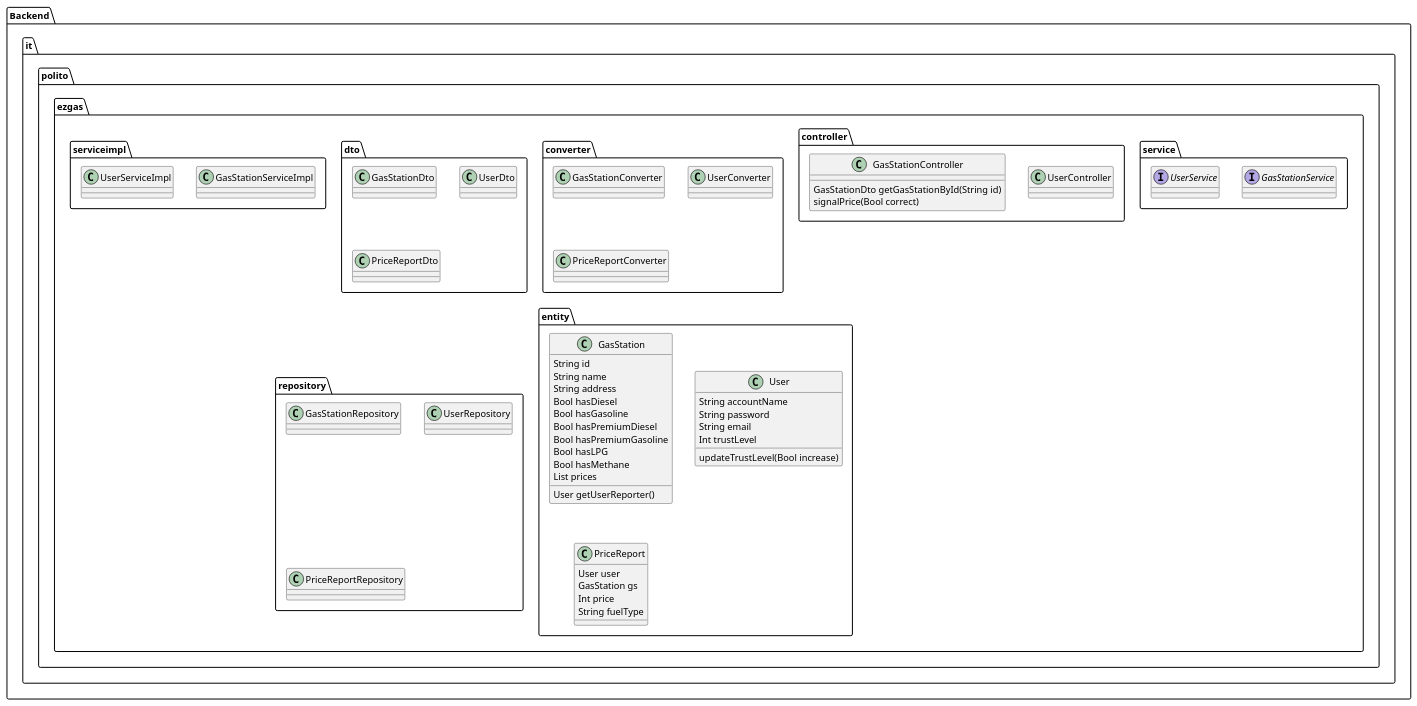
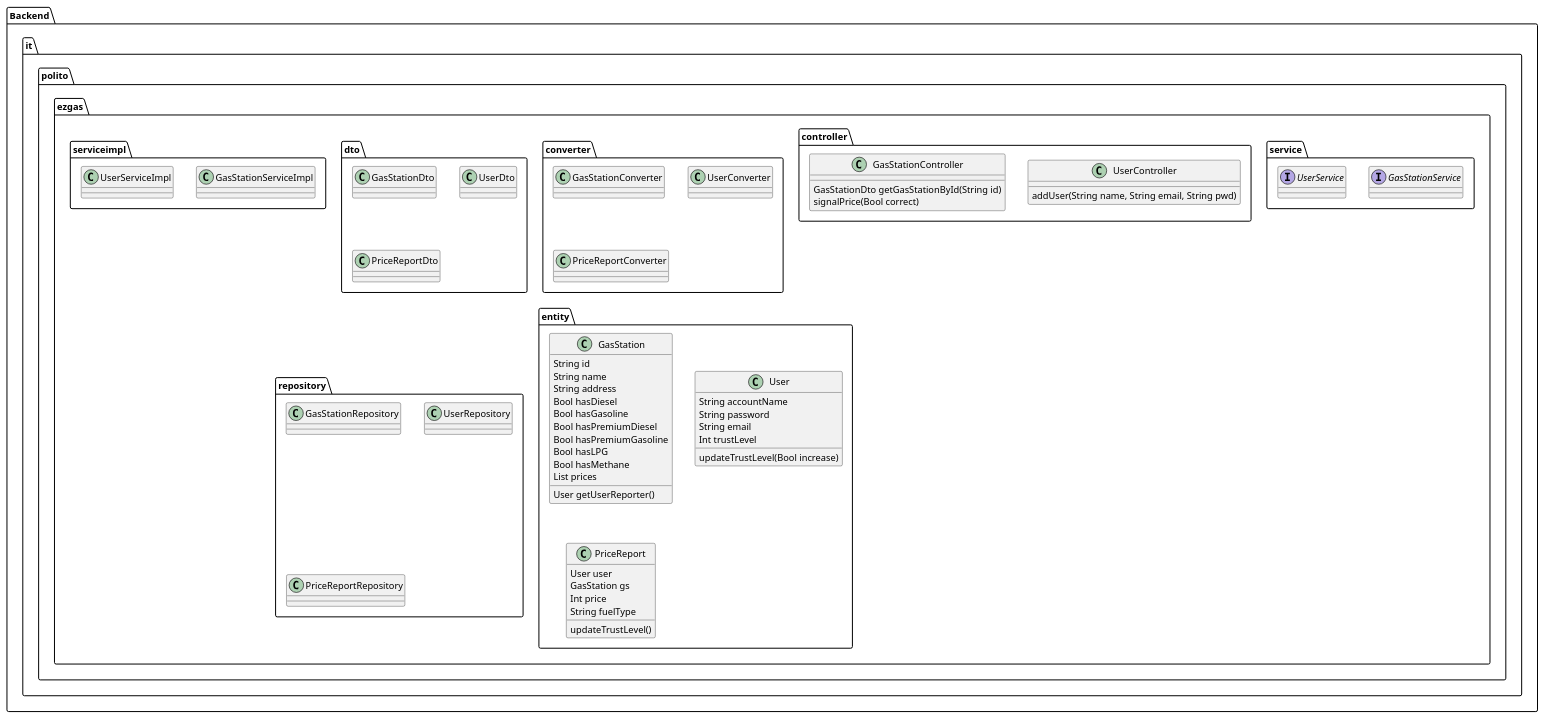
The fourth of 6 diagrams in docs/DesignDocument.md (HeydarliAtabay/EZgas), drawn with PlantUML before and after one commit. The commit also changed other lines of this file, not shown here.

Commit message:
docs: added traceability matrix and sequence diagrams

````diff
--- a/docs/DesignDocument.md
+++ b/docs/DesignDocument.md
@@ -225,77 +225,80 @@
 ```plantuml
 @startuml
 
 package "Backend" {
 
 package "it.polito.ezgas.service" {
    interface "GasStationService"
    interface "UserService"
 } 
 
 package "it.polito.ezgas.controller" {
-    Class UserController
+    Class UserController {
+        addUser(String name, String email, String pwd)
+    }
 
     Class GasStationController {
         GasStationDto getGasStationById(String id)
         signalPrice(Bool correct)
     }
 }
 
 package "it.polito.ezgas.converter" {
     Class GasStationConverter
     Class UserConverter
     Class PriceReportConverter
 }
 
 package "it.polito.ezgas.dto" {
     Class GasStationDto
     Class UserDto
     Class PriceReportDto
 }
 
 package "it.polito.ezgas.entity" {
     Class GasStation {
         String id
         String name
         String address
         Bool hasDiesel
         Bool hasGasoline
         Bool hasPremiumDiesel
         Bool hasPremiumGasoline
         Bool hasLPG
         Bool hasMethane
         List prices
         User getUserReporter()
     }
 
     Class User {
         String accountName
         String password
         String email
         Int trustLevel        
         updateTrustLevel(Bool increase)
     }
 
     Class PriceReport {
         User user
         GasStation gs
         Int price
         String fuelType
+        updateTrustLevel()
     }
 }
 
 package "it.polito.ezgas.repository" {
     Class GasStationRepository
     Class UserRepository
     Class PriceReportRepository
 }
 
 package "it.polito.ezgas.serviceimpl" {
    Class GasStationServiceImpl
    Class UserServiceImpl
 } 
 
 }
 
 @enduml
 ```
````
